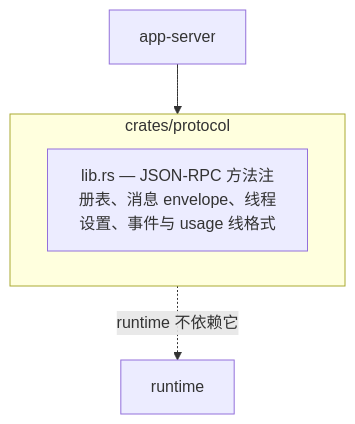
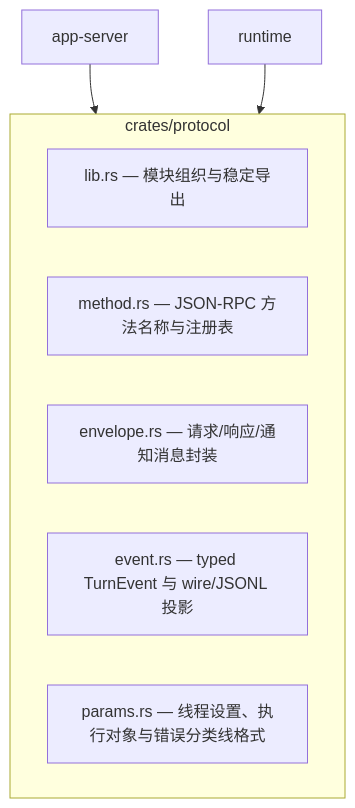
Before and after one commit to qjcnmd/singularity-agent: the fourth of 10 diagrams in docs/repository-map.md, drawn with Mermaid. The commit also changed other lines of this file and 1 other file, not shown here.

Commit message:
docs: 更新仓库地图与可靠性裁决记录（对齐 ThreadCatalog、protocol 与双协议分派）

````diff
--- a/docs/repository-map.md
+++ b/docs/repository-map.md
@@ -69,8 +66,12 @@
 ```mermaid
 flowchart TD
     subgraph protocol["crates/protocol"]
-        lib["lib.rs — JSON-RPC 方法注册表、消息 envelope、线程设置、事件与 usage 线格式"]
+        lib["lib.rs — 模块组织与稳定导出"]
+        method["method.rs — JSON-RPC 方法名称与注册表"]
+        envelope["envelope.rs — 请求/响应/通知消息封装"]
+        event["event.rs — typed TurnEvent 与 wire/JSONL 投影"]
+        params["params.rs — 线程设置、执行对象与错误分类线格式"]
     end
     appserver["app-server"] --> protocol
-    protocol -. "runtime 不依赖它" .-> runtime["runtime"]
+    runtime["runtime"] --> protocol
 ```
````
